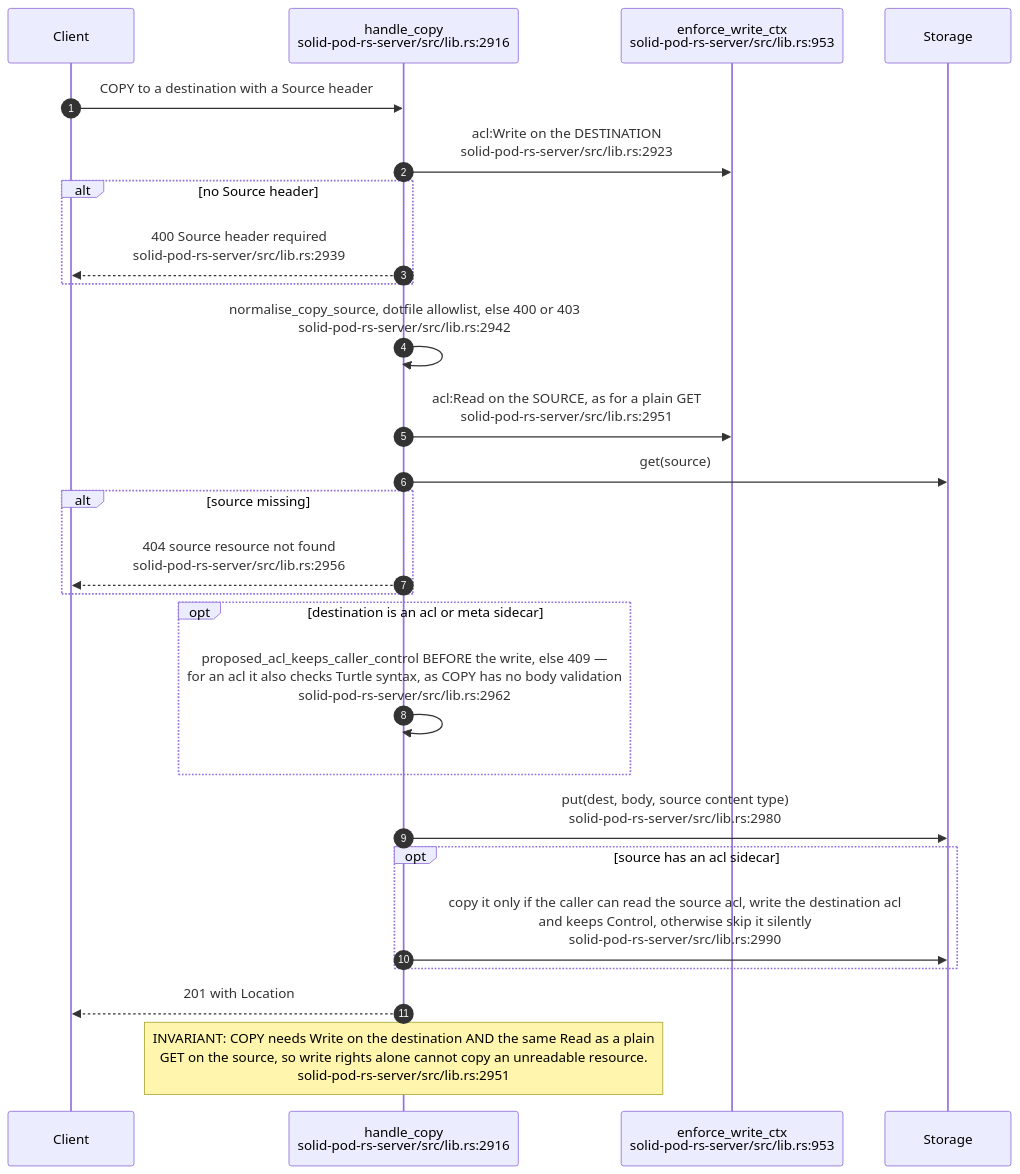
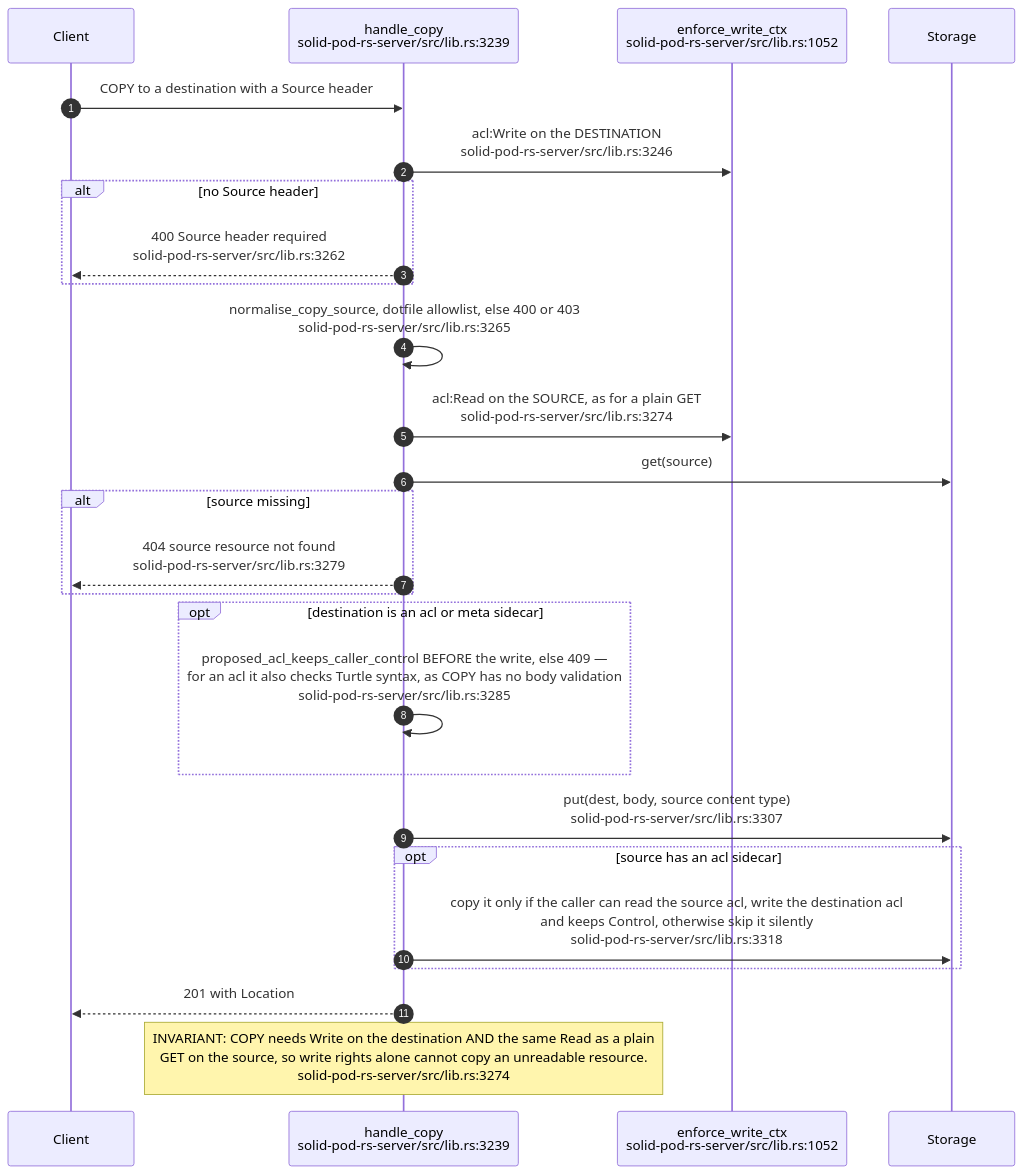
The seventh of 11 diagrams in docs/diagrams/solid-pod-rs/03-ldp-request-lifecycle.md (DreamLab-AI/VisionFlow), drawn with Mermaid before and after one commit. The commit also changed other lines of this file and 59 other files, not shown here.

First line of the commit message:
docs(diagrams): re-derive and re-stamp forum, website, pod, ontomark and sealmap topics

````diff
--- a/docs/diagrams/solid-pod-rs/03-ldp-request-lifecycle.md
+++ b/docs/diagrams/solid-pod-rs/03-ldp-request-lifecycle.md
@@ -233,29 +236,29 @@
 ```mermaid
 sequenceDiagram
     autonumber
     participant C as Client
-    participant H as handle_copy<br/>solid-pod-rs-server/src/lib.rs:2916
-    participant W as enforce_write_ctx<br/>solid-pod-rs-server/src/lib.rs:953
+    participant H as handle_copy<br/>solid-pod-rs-server/src/lib.rs:3239
+    participant W as enforce_write_ctx<br/>solid-pod-rs-server/src/lib.rs:1052
     participant S as Storage
 
     C->>H: COPY to a destination with a Source header
-    H->>W: acl:Write on the DESTINATION<br/>solid-pod-rs-server/src/lib.rs:2923
+    H->>W: acl:Write on the DESTINATION<br/>solid-pod-rs-server/src/lib.rs:3246
     alt no Source header
-        H-->>C: 400 Source header required<br/>solid-pod-rs-server/src/lib.rs:2939
+        H-->>C: 400 Source header required<br/>solid-pod-rs-server/src/lib.rs:3262
     end
-    H->>H: normalise_copy_source, dotfile allowlist, else 400 or 403<br/>solid-pod-rs-server/src/lib.rs:2942
-    H->>W: acl:Read on the SOURCE, as for a plain GET<br/>solid-pod-rs-server/src/lib.rs:2951
+    H->>H: normalise_copy_source, dotfile allowlist, else 400 or 403<br/>solid-pod-rs-server/src/lib.rs:3265
+    H->>W: acl:Read on the SOURCE, as for a plain GET<br/>solid-pod-rs-server/src/lib.rs:3274
     H->>S: get(source)
     alt source missing
-        H-->>C: 404 source resource not found<br/>solid-pod-rs-server/src/lib.rs:2956
+        H-->>C: 404 source resource not found<br/>solid-pod-rs-server/src/lib.rs:3279
     end
     opt destination is an acl or meta sidecar
-        H->>H: proposed_acl_keeps_caller_control BEFORE the write, else 409 —<br/>for an acl it also checks Turtle syntax, as COPY has no body validation<br/>solid-pod-rs-server/src/lib.rs:2962
+        H->>H: proposed_acl_keeps_caller_control BEFORE the write, else 409 —<br/>for an acl it also checks Turtle syntax, as COPY has no body validation<br/>solid-pod-rs-server/src/lib.rs:3285
     end
-    H->>S: put(dest, body, source content type)<br/>solid-pod-rs-server/src/lib.rs:2980
+    H->>S: put(dest, body, source content type)<br/>solid-pod-rs-server/src/lib.rs:3307
     opt source has an acl sidecar
-        H->>S: copy it only if the caller can read the source acl, write the destination acl<br/>and keeps Control, otherwise skip it silently<br/>solid-pod-rs-server/src/lib.rs:2990
+        H->>S: copy it only if the caller can read the source acl, write the destination acl<br/>and keeps Control, otherwise skip it silently<br/>solid-pod-rs-server/src/lib.rs:3318
     end
     H-->>C: 201 with Location
-    Note over H: INVARIANT: COPY needs Write on the destination AND the same Read as a plain<br/>GET on the source, so write rights alone cannot copy an unreadable resource.<br/>solid-pod-rs-server/src/lib.rs:2951
+    Note over H: INVARIANT: COPY needs Write on the destination AND the same Read as a plain<br/>GET on the source, so write rights alone cannot copy an unreadable resource.<br/>solid-pod-rs-server/src/lib.rs:3274
 ```
````
